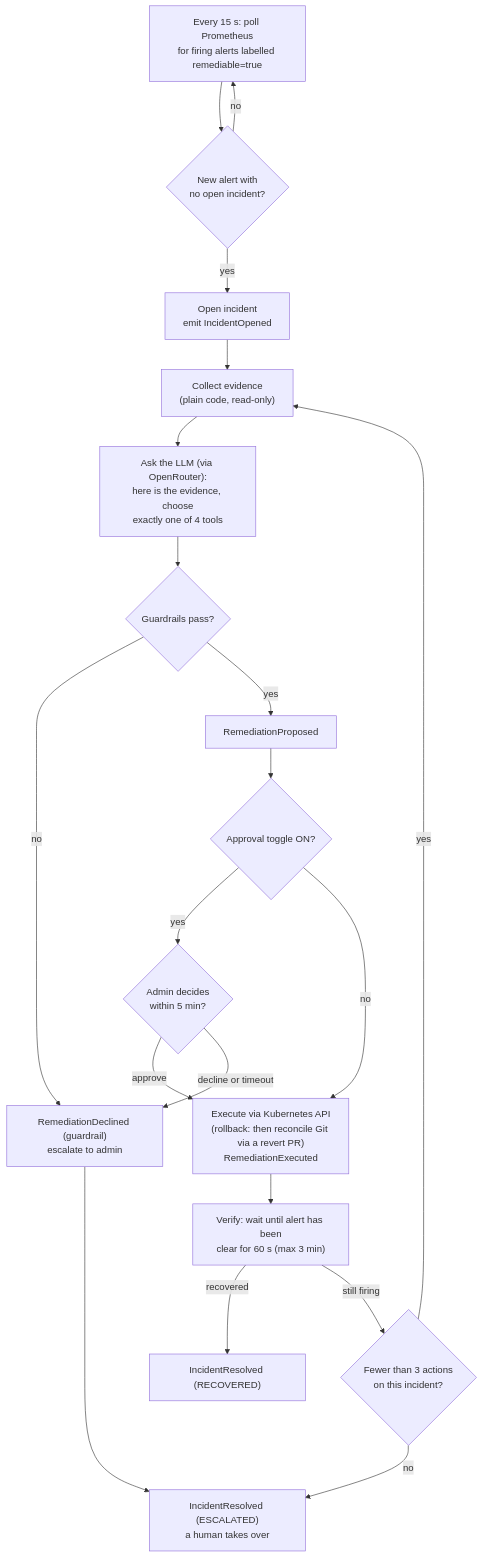
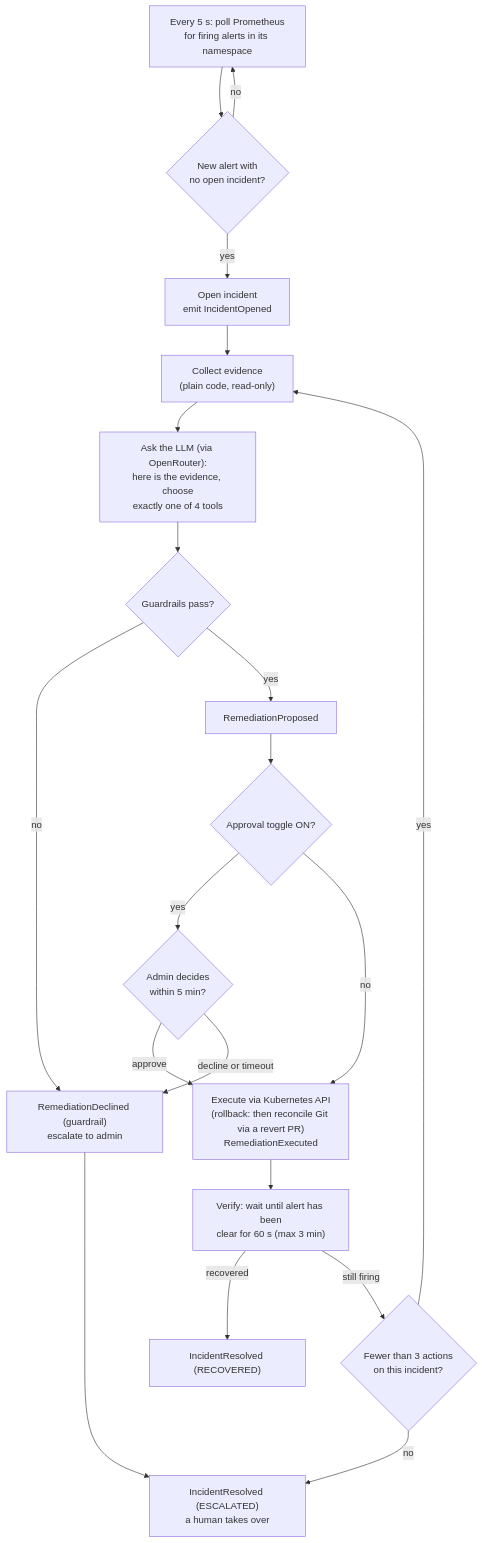
One commit to Kaizer-1/CircuitBreaker changed the diagram in docs/03-architecture/05-sre-agent-design.md. Above: the diagram before and after it, drawn with Mermaid. The commit also changed 12 other files, not shown here.

First line of the commit message:
docs(readme): lead with the SRE agent; measured results, diagrams and fresh screenshots

````diff
--- a/docs/03-architecture/05-sre-agent-design.md
+++ b/docs/03-architecture/05-sre-agent-design.md
@@ -19,22 +19,22 @@
 ```mermaid
 flowchart TD
-    A["Every 15 s: poll Prometheus<br/>for firing alerts labelled remediable=true"] --> B{"New alert with<br/>no open incident?"}
+    A["Every 5 s: poll Prometheus<br/>for firing alerts in its namespace"] --> B{"New alert with<br/>no open incident?"}
     B -- no --> A
     B -- yes --> C["Open incident<br/>emit IncidentOpened"]
     C --> D["Collect evidence<br/>(plain code, read-only)"]
     D --> E["Ask the LLM (via OpenRouter):<br/>here is the evidence, choose<br/>exactly one of 4 tools"]
     E --> F{"Guardrails pass?"}
     F -- no --> G["RemediationDeclined (guardrail)<br/>escalate to admin"]
     F -- yes --> H["RemediationProposed"]
     H --> I{"Approval toggle ON?"}
     I -- yes --> J{"Admin decides<br/>within 5 min?"}
     J -- approve --> K
     J -- decline or timeout --> G
     I -- no --> K["Execute via Kubernetes API<br/>(rollback: then reconcile Git via a revert PR)<br/>RemediationExecuted"]
     K --> L["Verify: wait until alert has been<br/>clear for 60 s (max 3 min)"]
     L -- recovered --> M["IncidentResolved (RECOVERED)"]
     L -- still firing --> N{"Fewer than 3 actions<br/>on this incident?"}
     N -- yes --> D
     N -- no --> O["IncidentResolved (ESCALATED)<br/>a human takes over"]
     G --> O
 ```
````
